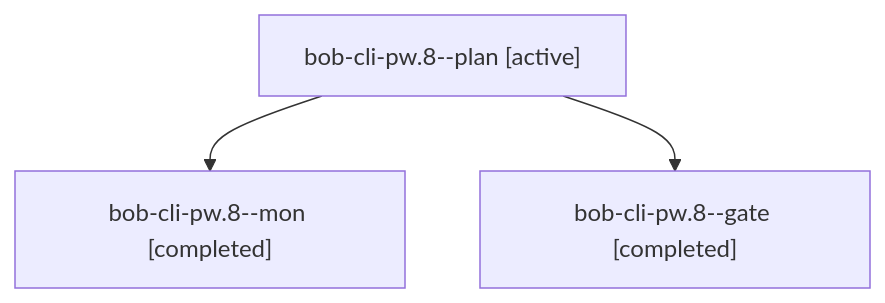
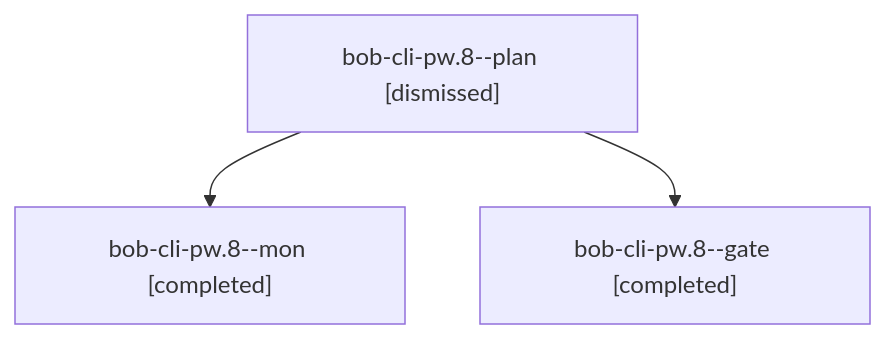
The diagram in sessions/bbugyi200.apollo.bob-cli-pw.8.md (bobs-org/bob-cli--agents), drawn with Mermaid before and after one commit. The commit also changed other lines of this file and 275 other files, not shown here.

````diff
--- a/sessions/bbugyi200.apollo.bob-cli-pw.8.md
+++ b/sessions/bbugyi200.apollo.bob-cli-pw.8.md
@@ -9,8 +9,8 @@
 ```mermaid
 flowchart TD
-  n0["bob-cli-pw.8--plan [active]"]
+  n0["bob-cli-pw.8--plan [dismissed]"]
   n1["bob-cli-pw.8--mon [completed]"]
   n0 --> n1
   n2["bob-cli-pw.8--gate [completed]"]
   n0 --> n2
 ```
````
